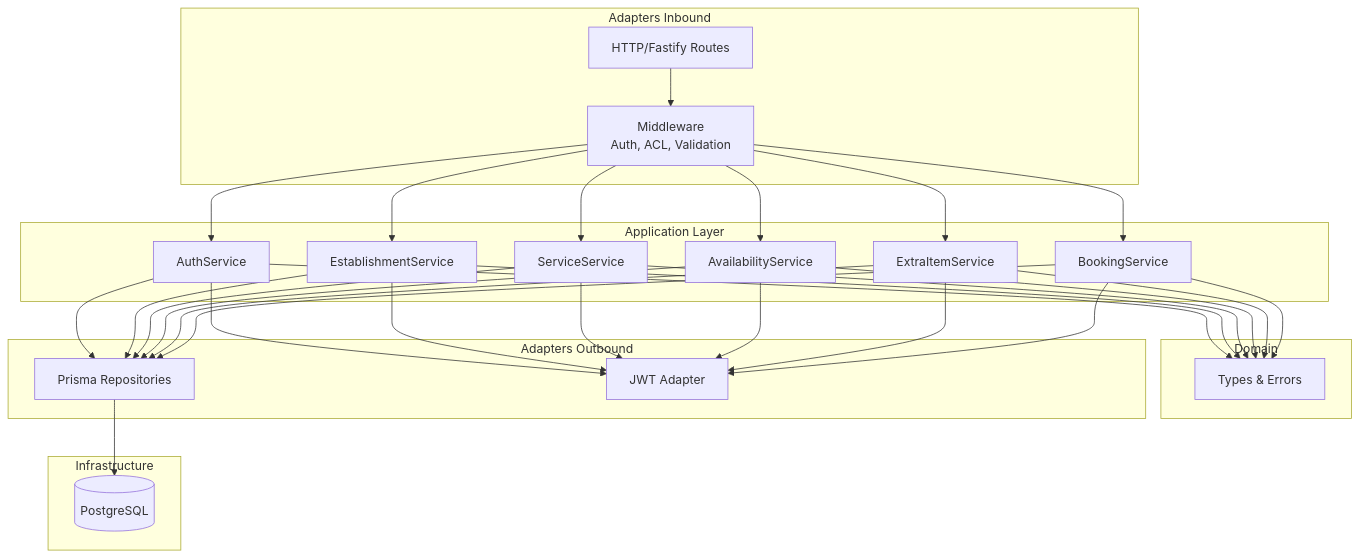
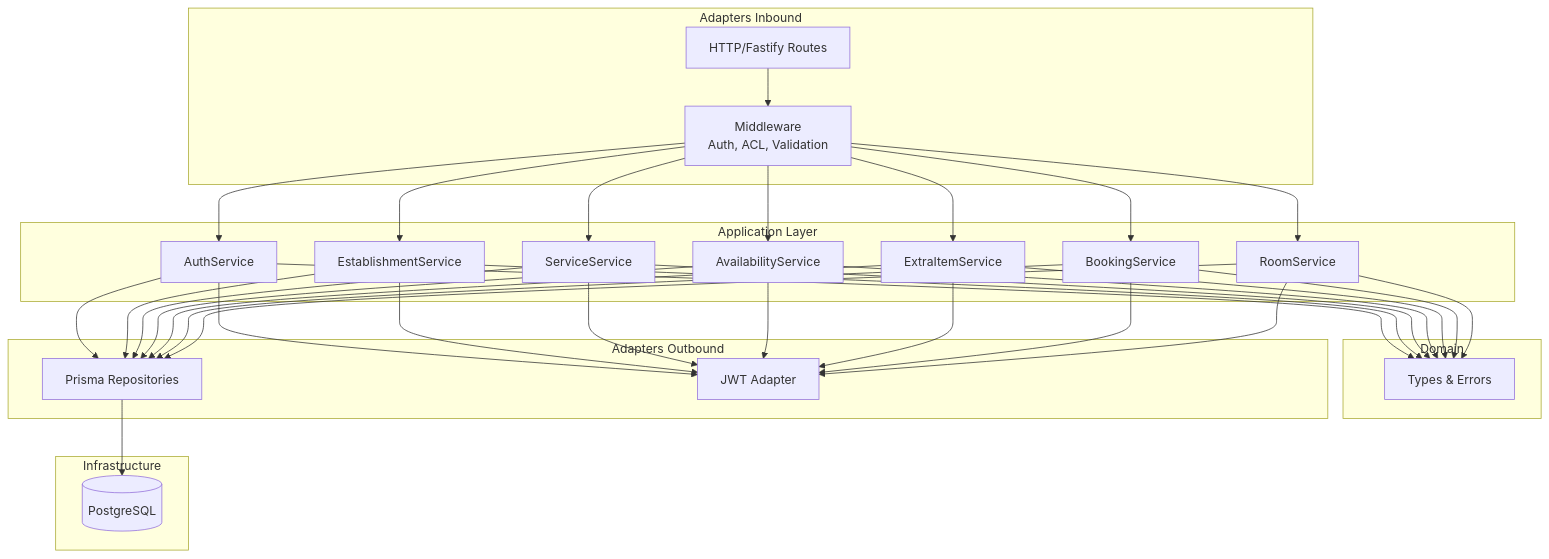
The first of 10 diagrams in readme..md (Nicasiomarques/booking-host), drawn with Mermaid before and after one commit. The commit also changed other lines of this file and 2 other files, not shown here.

````diff
--- a/readme..md
+++ b/readme..md
@@ -38,35 +40,36 @@
 ```mermaid
 graph TB
     subgraph "Adapters Inbound"
         HTTP[HTTP/Fastify Routes]
         MW[Middleware<br/>Auth, ACL, Validation]
     end
 
     subgraph "Application Layer"
         AS[AuthService]
         ES[EstablishmentService]
         SS[ServiceService]
         AVS[AvailabilityService]
         EIS[ExtraItemService]
         BS[BookingService]
+        RS[RoomService]
     end
 
     subgraph "Domain"
         DT[Types & Errors]
     end
 
     subgraph "Adapters Outbound"
         PR[Prisma Repositories]
         JWT[JWT Adapter]
     end
 
     subgraph "Infrastructure"
         DB[(PostgreSQL)]
     end
 
     HTTP --> MW
-    MW --> AS & ES & SS & AVS & EIS & BS
-    AS & ES & SS & AVS & EIS & BS --> DT
-    AS & ES & SS & AVS & EIS & BS --> PR & JWT
+    MW --> AS & ES & SS & AVS & EIS & BS & RS
+    AS & ES & SS & AVS & EIS & BS & RS --> DT
+    AS & ES & SS & AVS & EIS & BS & RS --> PR & JWT
     PR --> DB
 ```
````
